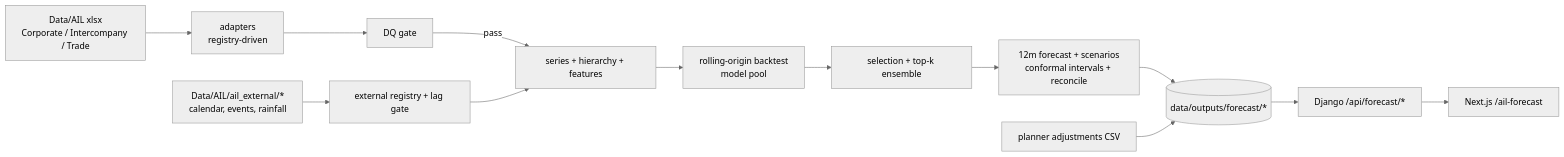
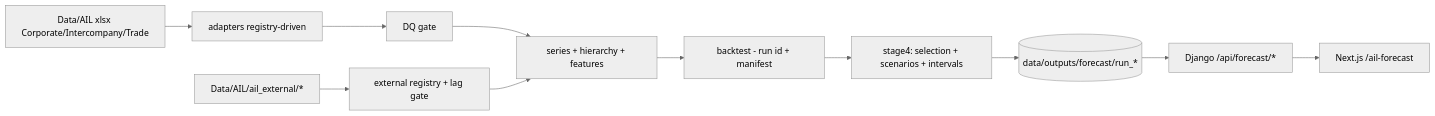
The diagram in docs/forecasting/README.md (OldToxi/ail-demand-forecasting), drawn with Mermaid (neutral theme) before and after one commit. The commit also changed other lines of this file and 15 other files, not shown here.

````diff
--- a/docs/forecasting/README.md
+++ b/docs/forecasting/README.md
@@ -22,15 +9,13 @@
 ```mermaid
 flowchart LR
-  A[Data/AIL xlsx\nCorporate / Intercompany / Trade] --> AD[adapters\nregistry-driven]
-  X[Data/AIL/ail_external/*\ncalendar, events, rainfall] --> XR[external registry + lag gate]
+  A[Data/AIL xlsx Corporate/Intercompany/Trade] --> AD[adapters registry-driven]
+  X[Data/AIL/ail_external/*] --> XR[external registry + lag gate]
   AD --> DQ[DQ gate]
-  DQ -->|pass| FE[series + hierarchy + features]
+  DQ --> FE[series + hierarchy + features]
   XR --> FE
-  FE --> BT[rolling-origin backtest\nmodel pool]
-  BT --> SEL[selection + top-k ensemble]
-  SEL --> FC[12m forecast + scenarios\nconformal intervals + reconcile]
-  FC --> OUT[(data/outputs/forecast/*)]
+  FE --> BT[backtest - run id + manifest]
+  BT --> S4[stage4: selection + scenarios + intervals]
+  S4 --> OUT[(data/outputs/forecast/run_*)]
   OUT --> BE[Django /api/forecast/*]
   BE --> UI[Next.js /ail-forecast]
-  PL[planner adjustments CSV] --> OUT
 ```
````
